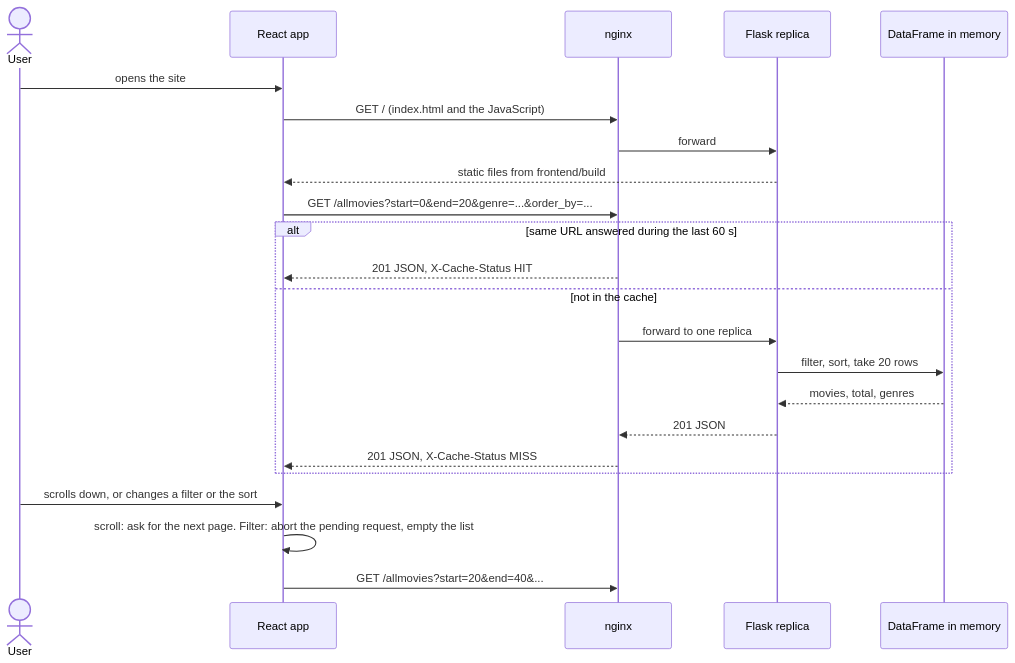
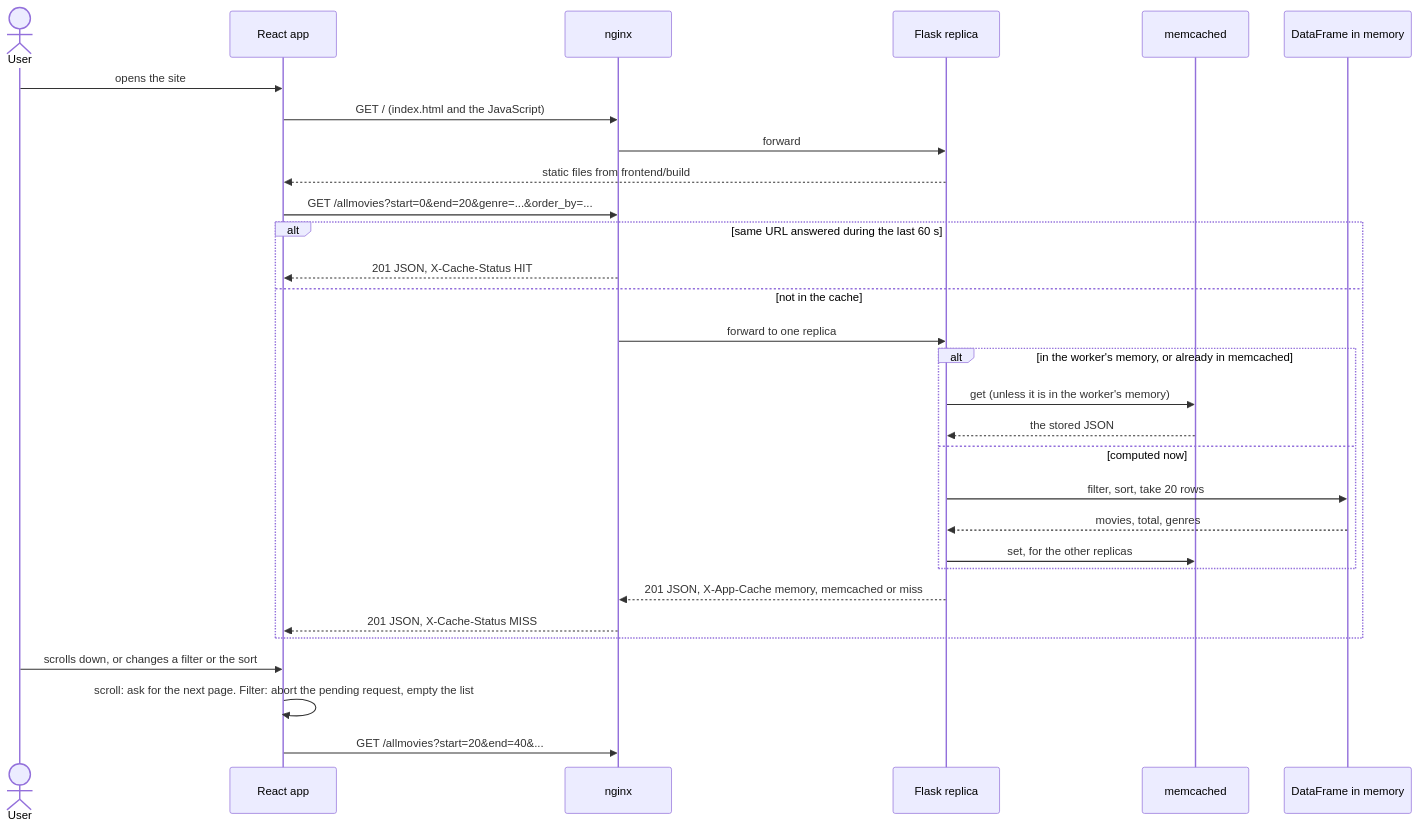
One commit to ybouilla/hiparis_project changed the second of 3 diagrams in README.md. Above: the diagram before and after it, drawn with Mermaid. The commit also changed other lines of this file and 7 other files, not shown here.

Commit message:
Includes memcached for caching; details: Includes a Response header: a new X-App-Cache header says where an answer came from: memory, memcached or miss. Updates tests and CI

````diff
--- a/README.md
+++ b/README.md
@@ -70,28 +73,35 @@
 ```mermaid
 sequenceDiagram
     actor U as User
     participant R as React app
     participant N as nginx
     participant F as Flask replica
+    participant M as memcached
     participant D as DataFrame in memory
 
     U->>R: opens the site
     R->>N: GET / (index.html and the JavaScript)
     N->>F: forward
     F-->>R: static files from frontend/build
 
     R->>N: GET /allmovies?start=0&end=20&genre=...&order_by=...
     alt same URL answered during the last 60 s
         N-->>R: 201 JSON, X-Cache-Status HIT
     else not in the cache
         N->>F: forward to one replica
-        F->>D: filter, sort, take 20 rows
-        D-->>F: movies, total, genres
-        F-->>N: 201 JSON
+        alt in the worker's memory, or already in memcached
+            F->>M: get (unless it is in the worker's memory)
+            M-->>F: the stored JSON
+        else computed now
+            F->>D: filter, sort, take 20 rows
+            D-->>F: movies, total, genres
+            F->>M: set, for the other replicas
+        end
+        F-->>N: 201 JSON, X-App-Cache memory, memcached or miss
         N-->>R: 201 JSON, X-Cache-Status MISS
     end
 
     U->>R: scrolls down, or changes a filter or the sort
     R->>R: scroll: ask for the next page. Filter: abort the pending request, empty the list
     R->>N: GET /allmovies?start=20&end=40&...
 ```
````
